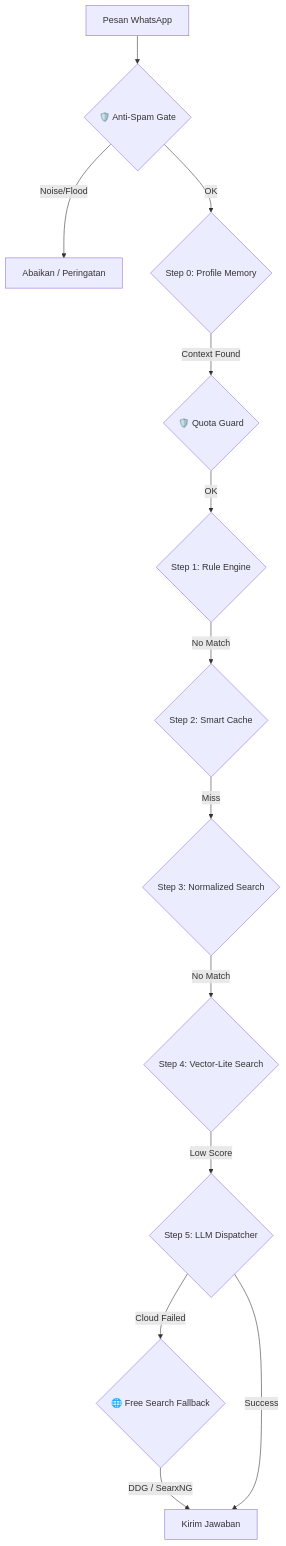
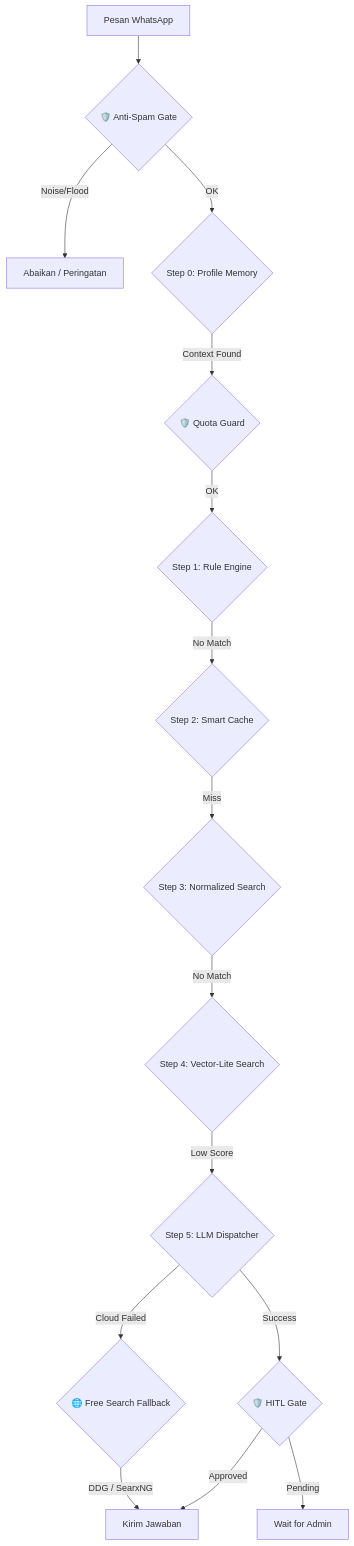
The diagram in ReadMeForDevs.md (malikamrullah131/ImiBot), drawn with Mermaid before and after one commit. The commit also changed other lines of this file and 4 other files, not shown here.

````diff
--- a/ReadMeForDevs.md
+++ b/ReadMeForDevs.md
@@ -32,15 +38,17 @@
 ```mermaid
 graph TD
     A[Pesan WhatsApp] --> B{🛡️ Anti-Spam Gate}
     B -- Noise/Flood --> Z[Abaikan / Peringatan]
     B -- OK --> C{Step 0: Profile Memory}
     C -- Context Found --> D{🛡️ Quota Guard}
     D -- OK --> D1{Step 1: Rule Engine}
     D1 -- No Match --> F{Step 2: Smart Cache}
     F -- Miss --> G{Step 3: Normalized Search}
     G -- No Match --> H{Step 4: Vector-Lite Search}
     H -- Low Score --> I{Step 5: LLM Dispatcher}
+    I -- Success --> I1{🛡️ HITL Gate}
+    I1 -- Approved --> E[Kirim Jawaban]
+    I1 -- Pending --> K[Wait for Admin]
     I -- Cloud Failed --> J{🌐 Free Search Fallback}
-    J -- DDG / SearxNG --> E[Kirim Jawaban]
-    I -- Success --> E
+    J -- DDG / SearxNG --> E
 ```
````
